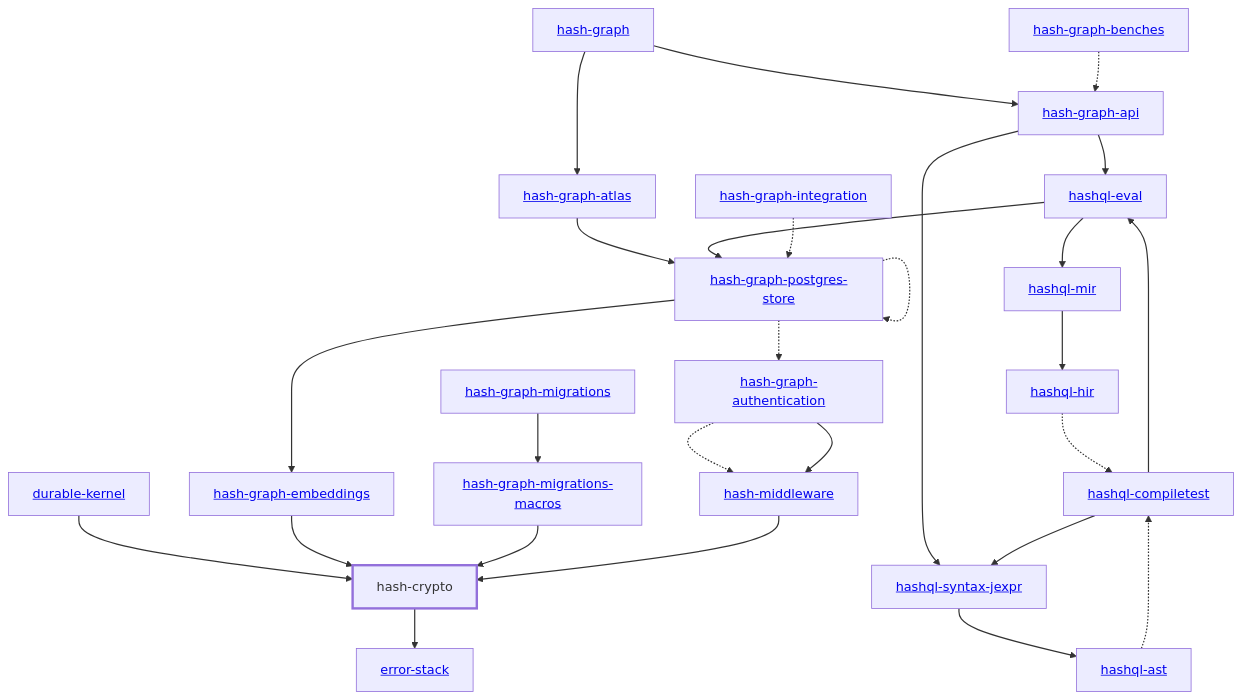
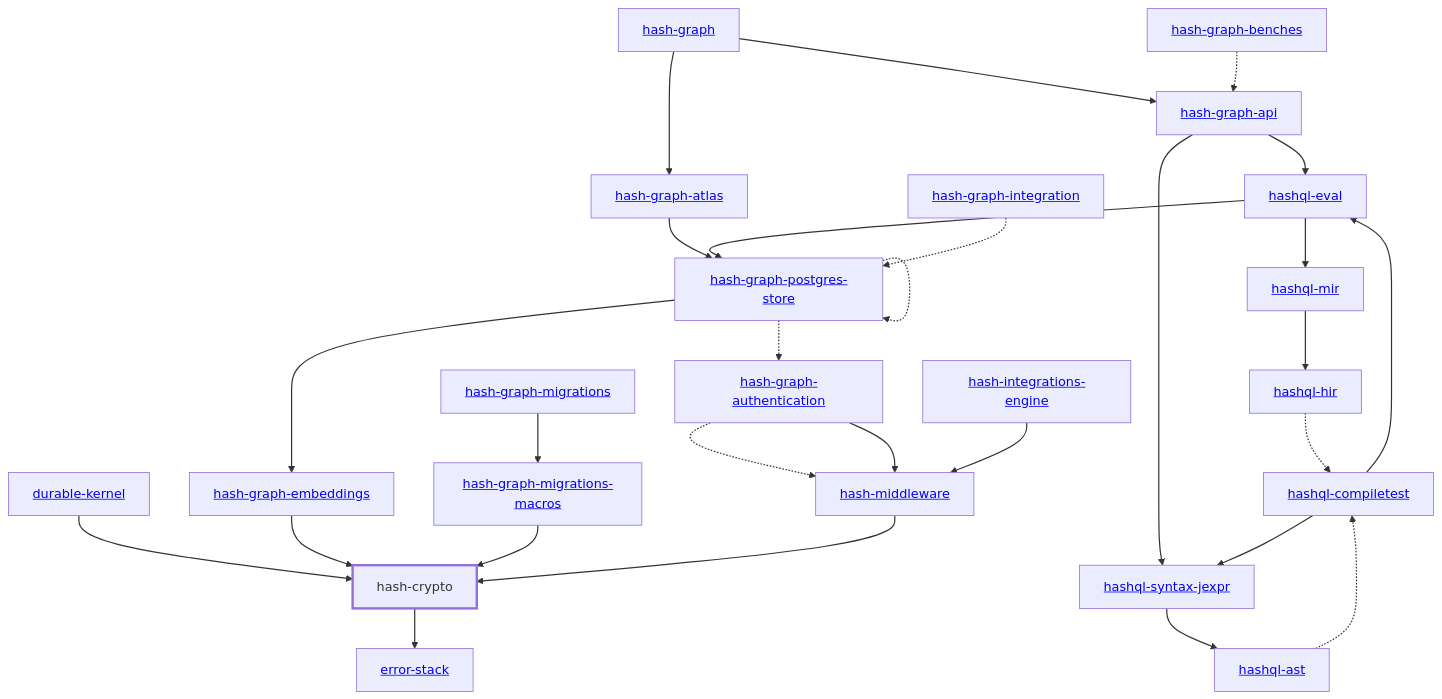
The diagram in libs/@local/crypto/docs/dependency-diagram.mmd (hashintel/hash), drawn with Mermaid before and after one commit. The commit also changed 23 other files, not shown here.

Commit message:
BE-1081: Resolve integration secrets through Graph and Vault (#10166)

```diff
--- a/libs/@local/crypto/docs/dependency-diagram.mmd
+++ b/libs/@local/crypto/docs/dependency-diagram.mmd
@@ -1,57 +1,59 @@
 graph TD
     linkStyle default stroke-width:1.5px
     classDef default stroke-width:1px
     classDef root stroke-width:3px
     classDef dev stroke-width:1px
     classDef build stroke-width:1px
     %% Legend
     %% --> : Normal dependency
     %% -.-> : Dev dependency
     %% ---> : Build dependency
     0[<a href="../hash_graph/index.html">hash-graph</a>]
     1[hash-crypto]
     class 1 root
     2[<a href="../durable_kernel/index.html">durable-kernel</a>]
     3[<a href="../hash_graph_api/index.html">hash-graph-api</a>]
     4[<a href="../hash_graph_atlas/index.html">hash-graph-atlas</a>]
     5[<a href="../hash_graph_authentication/index.html">hash-graph-authentication</a>]
     6[<a href="../hash_graph_embeddings/index.html">hash-graph-embeddings</a>]
     7[<a href="../hash_graph_migrations/index.html">hash-graph-migrations</a>]
     8[<a href="../hash_graph_migrations_macros/index.html">hash-graph-migrations-macros</a>]
     9[<a href="../hash_graph_postgres_store/index.html">hash-graph-postgres-store</a>]
     10[<a href="../hashql_ast/index.html">hashql-ast</a>]
     11[<a href="../hashql_compiletest/index.html">hashql-compiletest</a>]
     12[<a href="../hashql_eval/index.html">hashql-eval</a>]
     13[<a href="../hashql_hir/index.html">hashql-hir</a>]
     14[<a href="../hashql_mir/index.html">hashql-mir</a>]
     15[<a href="../hashql_syntax_jexpr/index.html">hashql-syntax-jexpr</a>]
-    16[<a href="../hash_middleware/index.html">hash-middleware</a>]
-    17[<a href="../error_stack/index.html">error-stack</a>]
-    18[<a href="../hash_graph_benches/index.html">hash-graph-benches</a>]
-    19[<a href="../hash_graph_integration/index.html">hash-graph-integration</a>]
+    16[<a href="../hash_integrations_engine/index.html">hash-integrations-engine</a>]
+    17[<a href="../hash_middleware/index.html">hash-middleware</a>]
+    18[<a href="../error_stack/index.html">error-stack</a>]
+    19[<a href="../hash_graph_benches/index.html">hash-graph-benches</a>]
+    20[<a href="../hash_graph_integration/index.html">hash-graph-integration</a>]
     0 --> 3
     0 --> 4
-    1 --> 17
+    1 --> 18
     2 --> 1
     3 --> 12
     3 --> 15
     4 --> 9
-    5 -.-> 16
-    5 --> 16
+    5 -.-> 17
+    5 --> 17
     6 --> 1
     7 --> 8
     8 --> 1
     9 -.-> 5
     9 --> 6
     9 -.-> 9
     10 -.-> 11
     11 --> 12
     11 --> 15
     12 --> 9
     12 --> 14
     13 -.-> 11
     14 --> 13
     15 --> 10
-    16 --> 1
-    18 -.-> 3
-    19 -.-> 9
+    16 --> 17
+    17 --> 1
+    19 -.-> 3
+    20 -.-> 9
```
